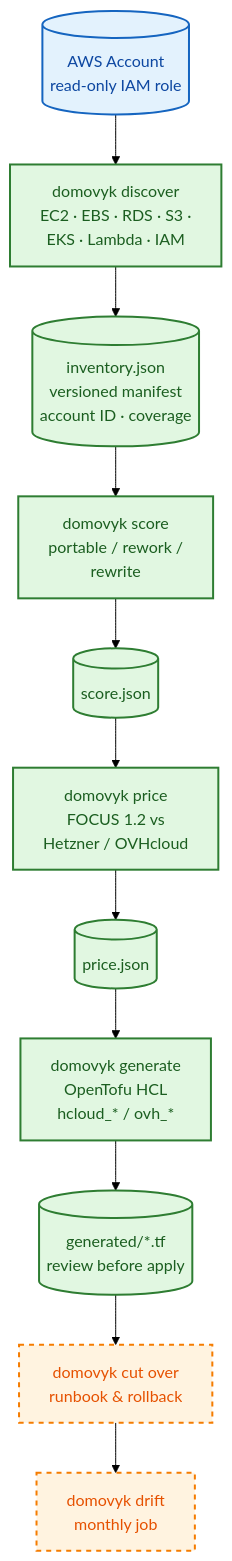
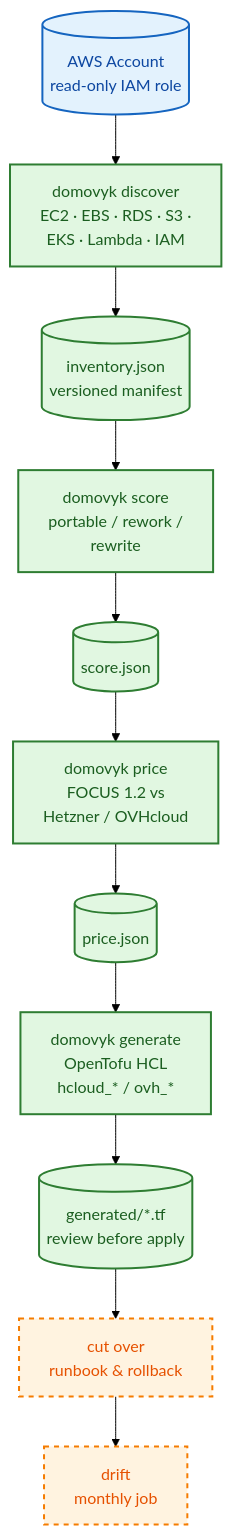
Before and after one commit to brusnyak/domovyk: the diagram in README.md, drawn with Mermaid (forest theme). The commit also changed other lines of this file and 7 other files, not shown here.

````diff
--- a/README.md
+++ b/README.md
@@ -18,44 +18,31 @@
 ```mermaid
 flowchart TD
-    %% Input
     AWS[("AWS Account<br/>read-only IAM role")]:::input
 
-    %% v0.1 — discover
     Discover["domovyk discover<br/>EC2 · EBS · RDS · S3 ·<br/>EKS · Lambda · IAM"]:::implemented
-    Inventory[("inventory.json<br/>versioned manifest<br/>account ID · coverage")]:::implemented
+    Inventory[("inventory.json<br/>versioned manifest")]:::implemented
 
-    %% v0.1 — score
     Score["domovyk score<br/>portable / rework /<br/>rewrite"]:::implemented
     ScoreJSON[("score.json")]:::implemented
 
-    %% v0.2 — price
     Price["domovyk price<br/>FOCUS 1.2 vs<br/>Hetzner / OVHcloud"]:::implemented
     PriceJSON[("price.json")]:::implemented
 
-    %% v0.3 — generate
     Generate["domovyk generate<br/>OpenTofu HCL<br/>hcloud_* / ovh_*"]:::implemented
     HCL[("generated/*.tf<br/>review before apply")]:::implemented
 
-    %% v0.4–v0.5 — roadmap
-    Cutover["domovyk cut over<br/>runbook & rollback"]:::roadmap
-    Operate["domovyk drift<br/>monthly job"]:::roadmap
+    Cutover["cut over<br/>runbook & rollback"]:::roadmap
+    Operate["drift<br/>monthly job"]:::roadmap
 
-    AWS --> Discover
-    Discover --> Inventory
-    Inventory --> Score
-    Score --> ScoreJSON
-    ScoreJSON --> Price
-    Price --> PriceJSON
-    PriceJSON --> Generate
-    Generate --> HCL
-    HCL --> Cutover
-    Cutover --> Operate
+    AWS --> Discover --> Inventory --> Score --> ScoreJSON
+    ScoreJSON --> Price --> PriceJSON --> Generate --> HCL
+    HCL --> Cutover --> Operate
 
     classDef implemented fill:#e1f7e1,stroke:#2e7d32,stroke-width:2px,color:#1b5e20
     classDef roadmap fill:#fff3e0,stroke:#f57c00,stroke-width:2px,color:#e65100,stroke-dasharray: 5 5
     classDef input fill:#e3f2fd,stroke:#1565c0,stroke-width:2px,color:#0d47a1
 
     class AWS input
     class Discover,Inventory,Score,ScoreJSON,Price,PriceJSON,Generate,HCL implemented
     class Cutover,Operate roadmap
 ```
````
